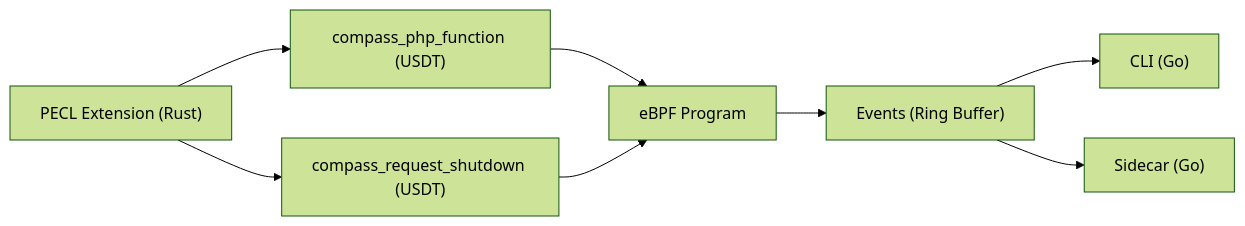
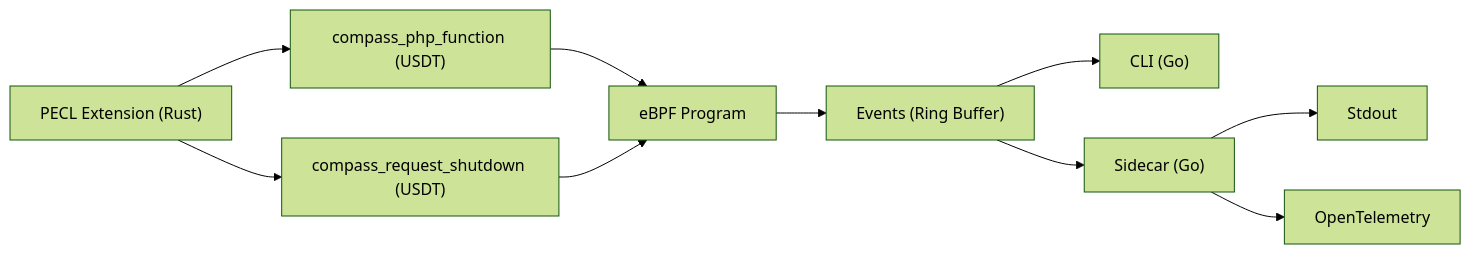
The diagram in README.md (skpr/compass), drawn with Mermaid (forest theme) before and after one commit. The commit also changed other lines of this file, not shown here.

````diff
--- a/README.md
+++ b/README.md
@@ -12,13 +12,16 @@
 ```mermaid
 flowchart LR
    Extension["PECL Extension (Rust)"] --> compass_php_function["compass_php_function (USDT)"]
    Extension --> compass_request_shutdown["compass_request_shutdown (USDT)"]
 
    compass_php_function --> eBPF[eBPF Program]
    compass_request_shutdown --> eBPF
 
    eBPF --> Events["Events (Ring Buffer)"]
 
    Events --> CLI["CLI (Go)"]
    Events --> Sidecar["Sidecar (Go)"]
+
+   Sidecar --> Stdout
+   Sidecar --> OpenTelemetry
 ```
````
